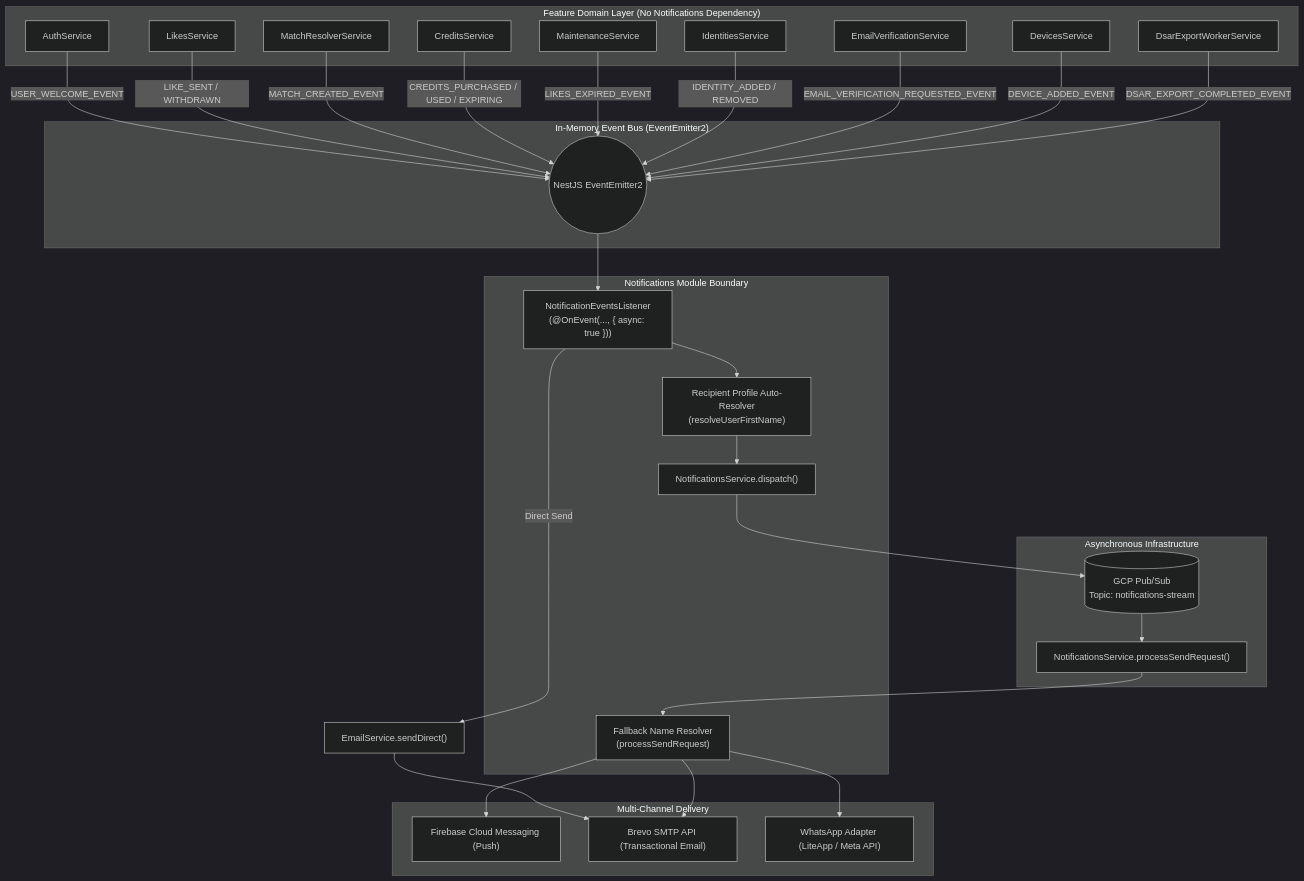
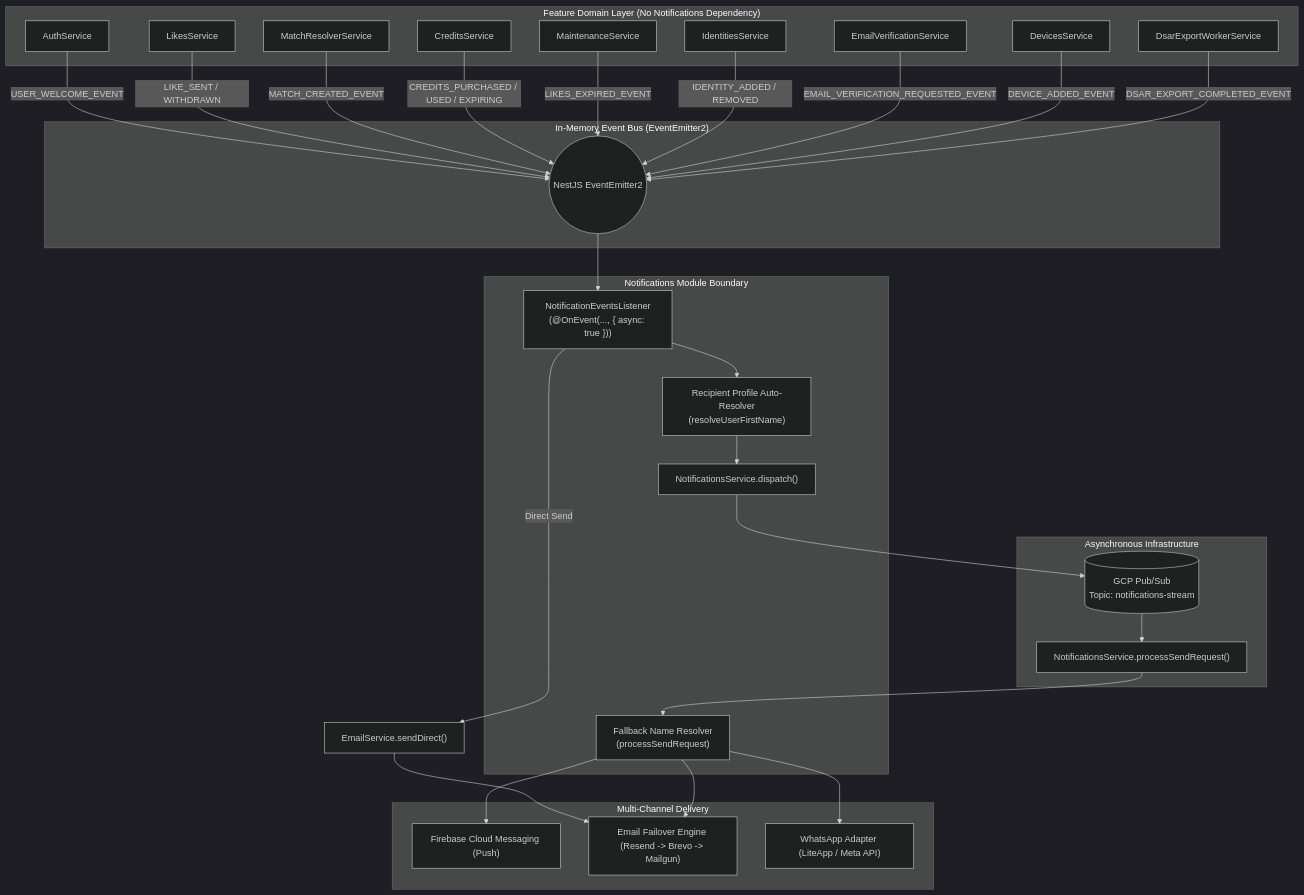
Before and after one commit to SaveSoulApp/Breathaway-Backend: the diagram in docs/docs/architecture/domain-events.md, drawn with Mermaid (dark theme). The commit also changed 5 other files, not shown here.

````diff
--- a/docs/docs/architecture/domain-events.md
+++ b/docs/docs/architecture/domain-events.md
@@ -51,58 +51,58 @@
 ```mermaid
 flowchart TD
     subgraph FeatureDomains["Feature Domain Layer (No Notifications Dependency)"]
         AUTH["AuthService"]
         LIKES["LikesService"]
         MATCH["MatchResolverService"]
         CREDITS["CreditsService"]
         MAINT["MaintenanceService"]
         IDENT["IdentitiesService"]
         EMAIL["EmailVerificationService"]
         DEV["DevicesService"]
         USERS["DsarExportWorkerService"]
     end
 
     subgraph EventBroker["In-Memory Event Bus (EventEmitter2)"]
         BUS(("NestJS EventEmitter2"))
     end
 
     subgraph NotificationsLayer["Notifications Module Boundary"]
         LISTENER["NotificationEventsListener<br/>(@OnEvent(..., { async: true }))"]
         RESOLVER["Recipient Profile Auto-Resolver<br/>(resolveUserFirstName)"]
         NOTIF_SVC["NotificationsService.dispatch()"]
         FALLBACK["Fallback Name Resolver<br/>(processSendRequest)"]
     end
 
     subgraph MessagingQueue["Asynchronous Infrastructure"]
         PUBSUB[("GCP Pub/Sub<br/>Topic: notifications-stream")]
         WORKER["NotificationsService.processSendRequest()"]
     end
 
     subgraph DeliveryChannels["Multi-Channel Delivery"]
         FCM["Firebase Cloud Messaging (Push)"]
-        BREVO["Brevo SMTP API (Transactional Email)"]
+        EMAIL_FAILOVER["Email Failover Engine (Resend -> Brevo -> Mailgun)"]
         WA["WhatsApp Adapter (LiteApp / Meta API)"]
     end
 
     AUTH -->|USER_WELCOME_EVENT| BUS
     LIKES -->|LIKE_SENT / WITHDRAWN| BUS
     MATCH -->|MATCH_CREATED_EVENT| BUS
     CREDITS -->|CREDITS_PURCHASED / USED / EXPIRING| BUS
     MAINT -->|LIKES_EXPIRED_EVENT| BUS
     IDENT -->|IDENTITY_ADDED / REMOVED| BUS
     EMAIL -->|EMAIL_VERIFICATION_REQUESTED_EVENT| BUS
     DEV -->|DEVICE_ADDED_EVENT| BUS
     USERS -->|DSAR_EXPORT_COMPLETED_EVENT| BUS
 
     BUS --> LISTENER
     LISTENER --> RESOLVER
     LISTENER -->|Direct Send| EMAIL_SVC["EmailService.sendDirect()"]
-    EMAIL_SVC --> BREVO
+    EMAIL_SVC --> EMAIL_FAILOVER
     RESOLVER --> NOTIF_SVC
     NOTIF_SVC --> PUBSUB
     PUBSUB --> WORKER
     WORKER --> FALLBACK
     FALLBACK --> FCM
-    FALLBACK --> BREVO
+    FALLBACK --> EMAIL_FAILOVER
     FALLBACK --> WA
 ```
````
